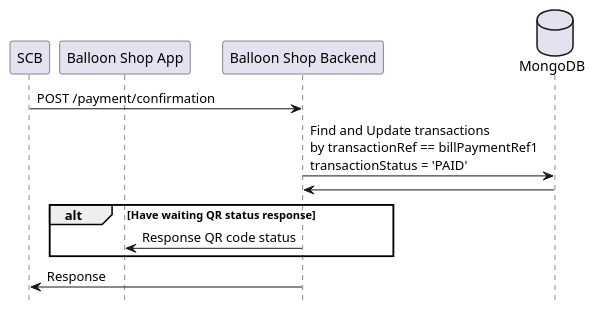
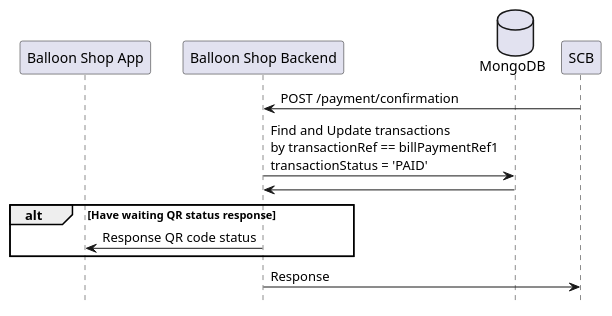
One commit to SCB-TechX/scb-open-api-examples changed the diagram in docs/sequence/payment_confirmation.puml. Above: the diagram before and after it, drawn with PlantUML. The commit also changed other lines of this file and 2 other files, not shown here.

Commit message:
doc: add api sequence files

```diff
--- a/docs/sequence/payment_confirmation.puml
+++ b/docs/sequence/payment_confirmation.puml
@@ -1,16 +1,16 @@
 @startuml payment_confirmation
 hide footbox
-participant "SCB" as scb
 participant "Balloon Shop App" as app
 participant "Balloon Shop Backend" as backend
 database "MongoDB" as db
+participant "SCB" as scb
 
 scb -> backend: POST /payment/confirmation
 backend -> db: Find and Update transactions\nby transactionRef == billPaymentRef1\ntransactionStatus = 'PAID'
 db -> backend: 
 alt Have waiting QR status response
 backend -> app: Response QR code status
 end
 backend -> scb: Response
 
 @enduml
```
